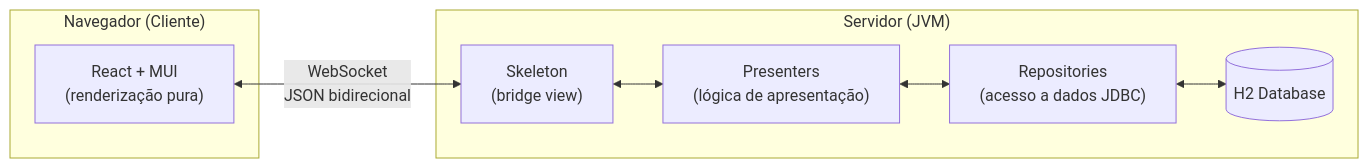
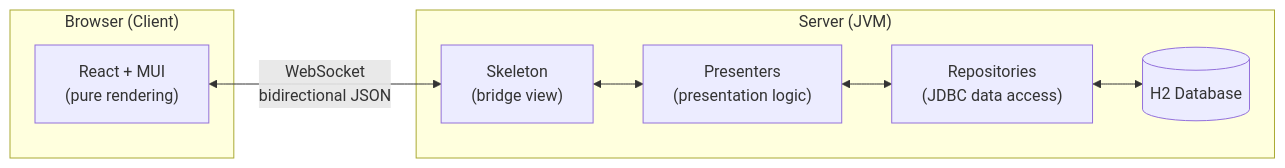
One commit to mrcdom/wdc-cube-kotlin changed the first of 9 diagrams in docs/architecture-react.md. Above: the diagram before and after it, drawn with Mermaid. The commit also changed other lines of this file and 10 other files, not shown here.

First line of the commit message:
docs: architecture docs and top-level READMEs in US English

````diff
--- a/docs/architecture-react.md
+++ b/docs/architecture-react.md
@@ -25,18 +25,18 @@
 ```mermaid
 graph LR
-    subgraph "Navegador (Cliente)"
-        REACT["React + MUI<br/>(renderização pura)"]
+    subgraph "Browser (Client)"
+        REACT["React + MUI<br/>(pure rendering)"]
     end
 
-    subgraph "Servidor (JVM)"
+    subgraph "Server (JVM)"
         SKEL["Skeleton<br/>(bridge view)"]
-        PRES["Presenters<br/>(lógica de apresentação)"]
-        REPO["Repositories<br/>(acesso a dados JDBC)"]
+        PRES["Presenters<br/>(presentation logic)"]
+        REPO["Repositories<br/>(JDBC data access)"]
         DB[(H2 Database)]
     end
 
-    REACT <-->|"WebSocket<br/>JSON bidirecional"| SKEL
+    REACT <-->|"WebSocket<br/>bidirectional JSON"| SKEL
     SKEL <--> PRES
     PRES <--> REPO
     REPO <--> DB
 ```
````
